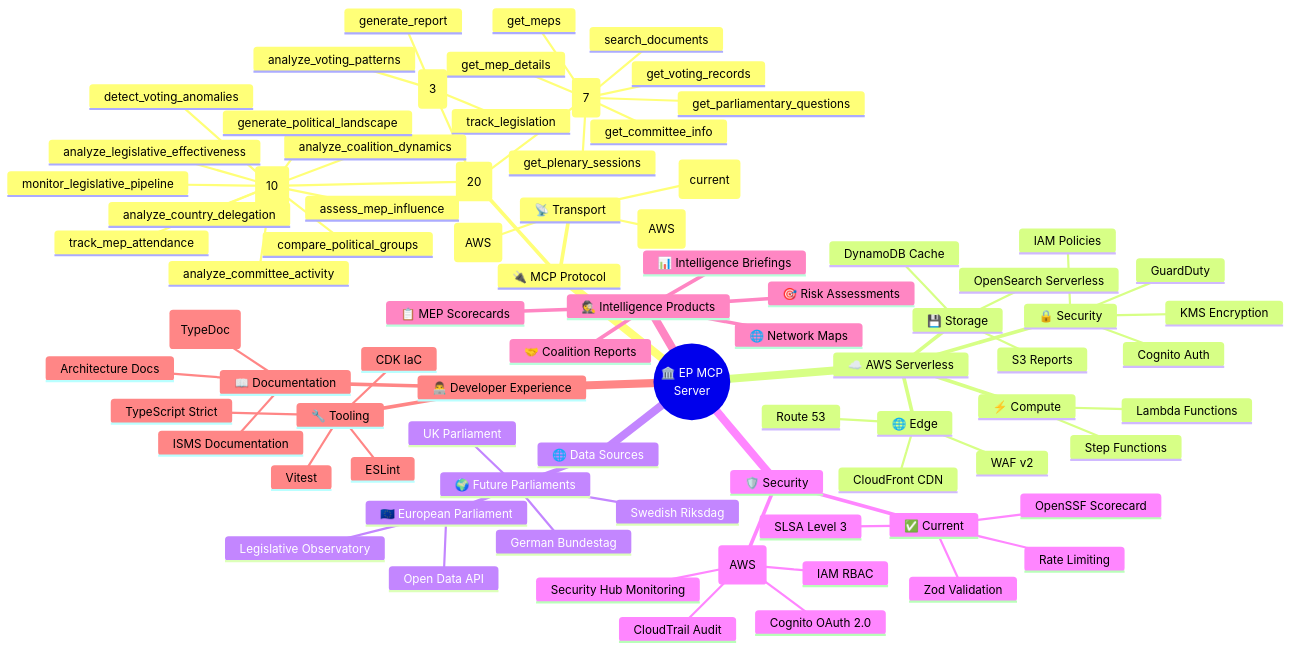
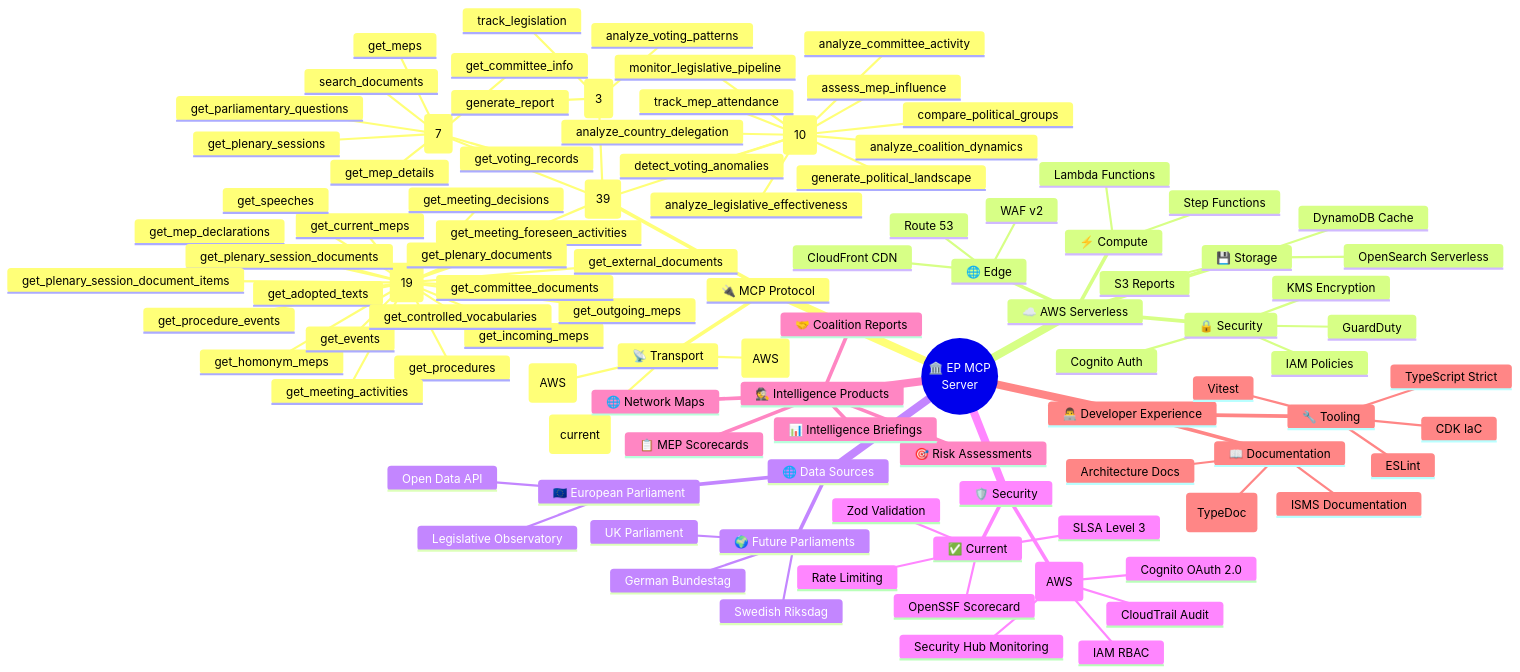
One commit to Hack23/European-Parliament-MCP-Server changed the first of 7 diagrams in FUTURE_MINDMAP.md. Above: the diagram before and after it, drawn with Mermaid. The commit also changed other lines of this file and 8 other files, not shown here.

```diff
--- a/FUTURE_MINDMAP.md
+++ b/FUTURE_MINDMAP.md
@@ -50,7 +50,7 @@
 mindmap
   root((🏛️ EP MCP<br>Server))
     🔌 MCP Protocol
-      🔧 Current Tools (20)
+      🔧 Current Tools (39)
         Core (7)
           get_meps
           get_mep_details
@@ -74,6 +74,26 @@
           track_mep_attendance
           analyze_country_delegation
           generate_political_landscape
+        EP API v2 Data (19)
+          get_current_meps
+          get_incoming_meps
+          get_outgoing_meps
+          get_homonym_meps
+          get_speeches
+          get_procedures
+          get_procedure_events
+          get_adopted_texts
+          get_events
+          get_meeting_activities
+          get_meeting_decisions
+          get_meeting_foreseen_activities
+          get_mep_declarations
+          get_plenary_documents
+          get_committee_documents
+          get_plenary_session_documents
+          get_plenary_session_document_items
+          get_controlled_vocabularies
+          get_external_documents
       📡 Transport
         stdio (current)
         API Gateway HTTP (AWS)
```
